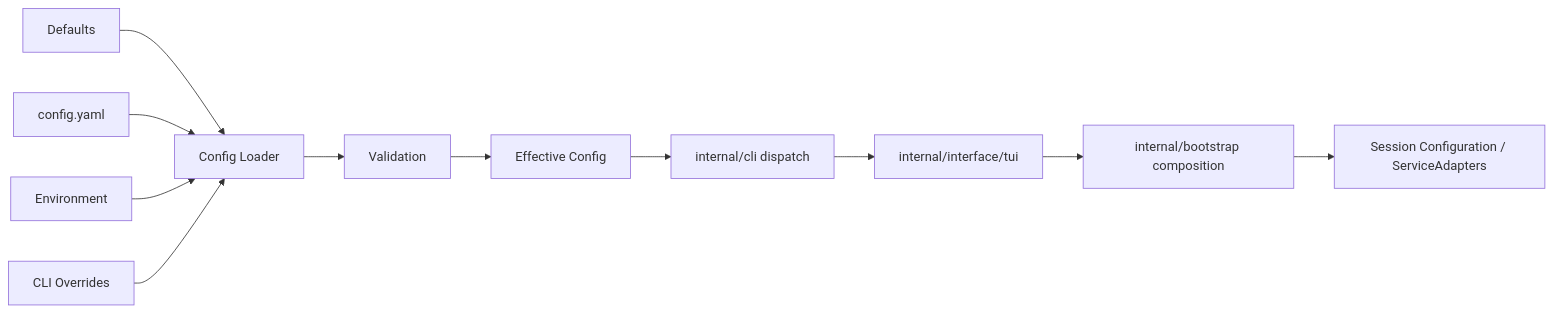
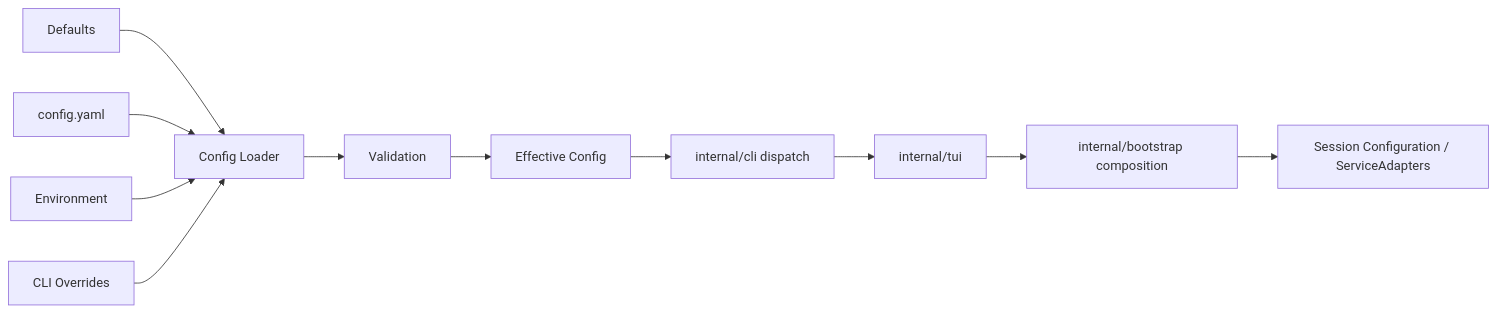
One commit to Godric-W/Amadeus changed the fourth of 23 diagrams in docs/architecture-whitepaper.md. Above: the diagram before and after it, drawn with Mermaid. The commit also changed other lines of this file and 398 other files, not shown here.

Commit message:
refactor(architecture): align internal package ownership

````diff
--- a/docs/architecture-whitepaper.md
+++ b/docs/architecture-whitepaper.md
@@ -246,25 +246,25 @@
 ```mermaid
 flowchart LR
     D[Defaults]
     F[config.yaml]
     E[Environment]
     C[CLI Overrides]
     L[Config Loader]
     V[Validation]
     CFG[Effective Config]
     CLI[internal/cli dispatch]
     COMP[internal/bootstrap composition]
-    TUI[internal/interface/tui]
+    TUI[internal/tui]
     SS[Session Configuration / ServiceAdapters]
 
     D --> L
     F --> L
     E --> L
     C --> L
     L --> V
     V --> CFG
     CFG --> CLI
     CLI --> TUI
     TUI --> COMP
     COMP --> SS
 ```
````
